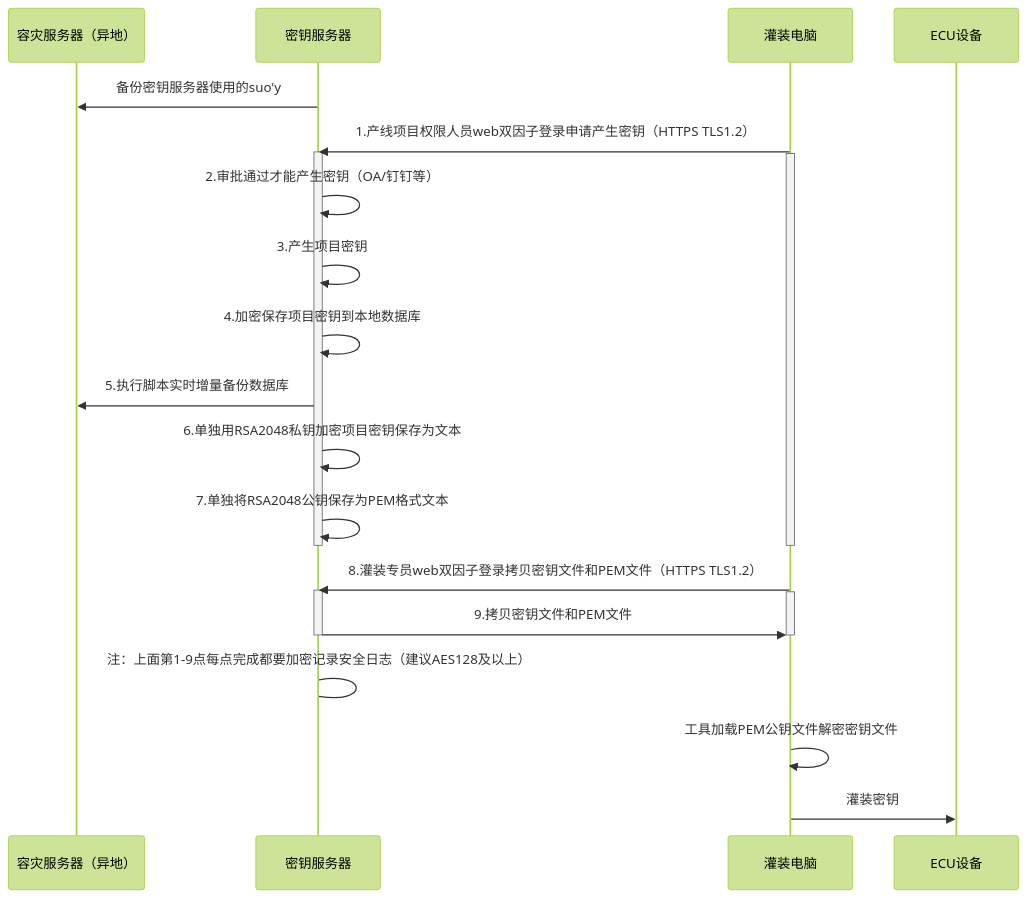
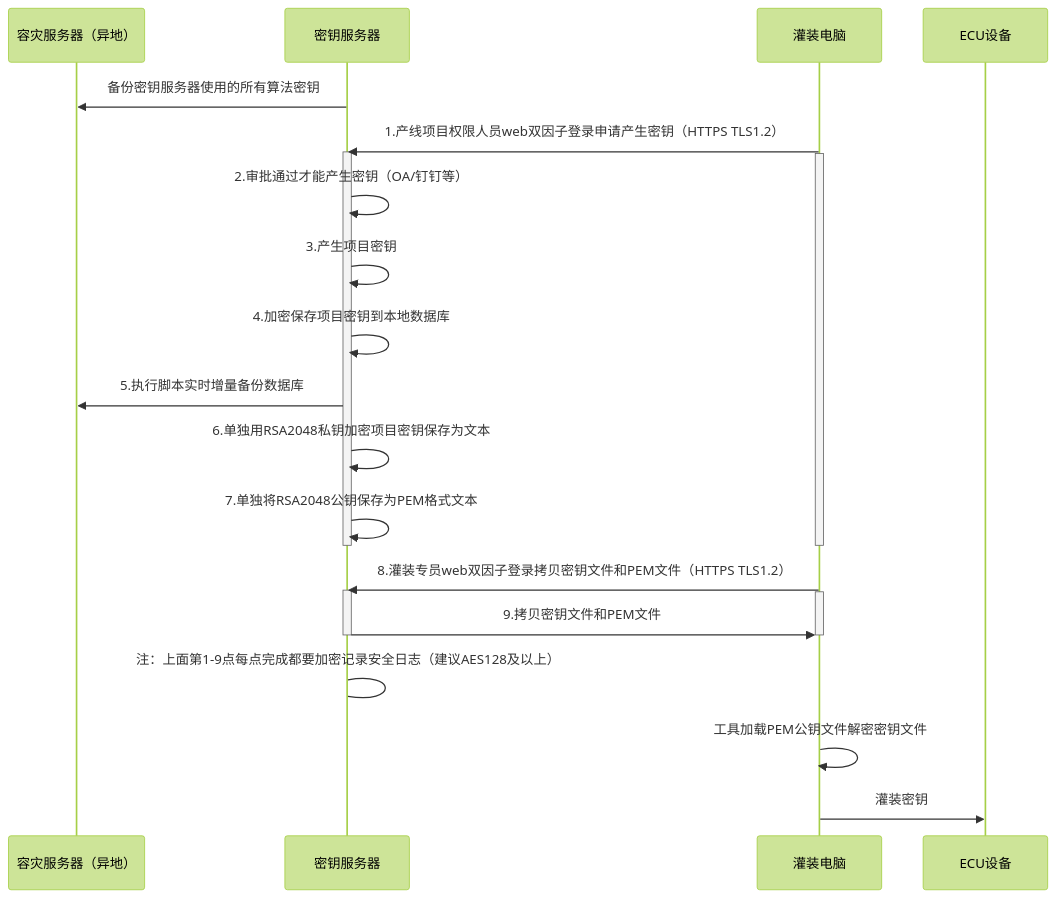
The diagram in all/未命名-15.md (facebook-cloud/iodraw-files), drawn with Mermaid (forest theme) before and after one commit.

Commit message:
2026-02-12 16:17:47 update

````diff
--- a/all/未命名-15.md
+++ b/all/未命名-15.md
@@ -1,32 +1,32 @@
 ```mermaid
 sequenceDiagram
     participant A as 容灾服务器（异地）
     participant B as 密钥服务器
     participant D as 灌装电脑
     participant E as ECU设备
 
-    B->>A: 备份密钥服务器使用的suo'y
+    B->>A: 备份密钥服务器使用的所有算法密钥
     D->>B: 1.产线项目权限人员web双因子登录申请产生密钥（HTTPS TLS1.2）
     activate B
     activate D
     B->>B: 2.审批通过才能产生密钥（OA/钉钉等）
     B->>B: 3.产生项目密钥
     B->>B: 4.加密保存项目密钥到本地数据库
     B->>A: 5.执行脚本实时增量备份数据库
     B->>B: 6.单独用RSA2048私钥加密项目密钥保存为文本
     B->>B: 7.单独将RSA2048公钥保存为PEM格式文本
     deactivate B
     deactivate D
     
     D->>B: 8.灌装专员web双因子登录拷贝密钥文件和PEM文件（HTTPS TLS1.2）
     activate B
     activate D
     B->>D: 9.拷贝密钥文件和PEM文件
     deactivate B
     deactivate D
     B->B: 注：上面第1-9点每点完成都要加密记录安全日志（建议AES128及以上）
 
     D->>D:工具加载PEM公钥文件解密密钥文件
     
     D->>E: 灌装密钥
 ```
````
